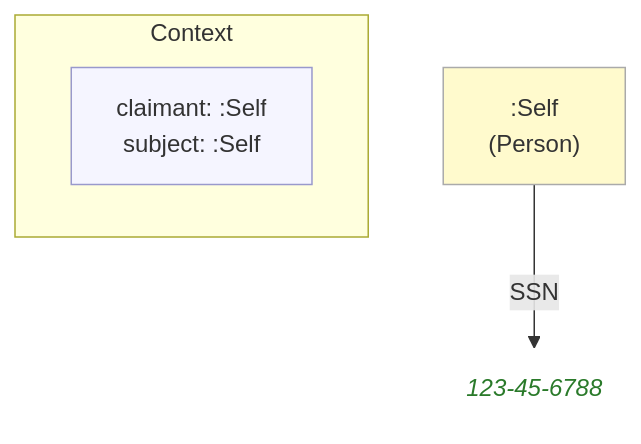
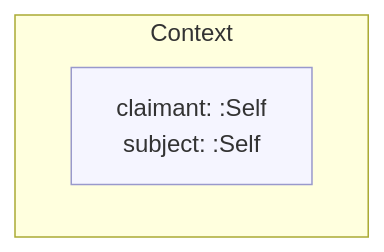
The diagram in example/contexts/images/self.self(social-security-administration)(federal)(23).mmd (MeeFoundation/mia-ontologies), drawn with Mermaid before and after one commit. The commit also changed 62 other files, not shown here.

```diff
--- a/example/contexts/images/self.self(social-security-administration)(federal)(23).mmd
+++ b/example/contexts/images/self.self(social-security-administration)(federal)(23).mmd
@@ -1,16 +1,11 @@
 flowchart TD
     classDef person fill:#fffacd,stroke:#aaa,color:#333
     classDef grp    fill:#d4edda,stroke:#aaa,color:#333
     classDef org    fill:#cce5ff,stroke:#aaa,color:#333
     classDef lit    fill:none,stroke:none,font-style:italic,color:#2a7a2a
     classDef meta   fill:#f5f5ff,stroke:#9999cc,color:#333
 
     subgraph ctx["Context"]
         direction LR
         ctx_meta["claimant: :Self\nsubject: :Self"]:::meta
     end
-
-    ne0c3ba92f1db[":Self\n(Person)"]:::person
-    n000609bcf429("123-45-6788"):::lit
-
-    ne0c3ba92f1db -->|"SSN"| n000609bcf429
```
